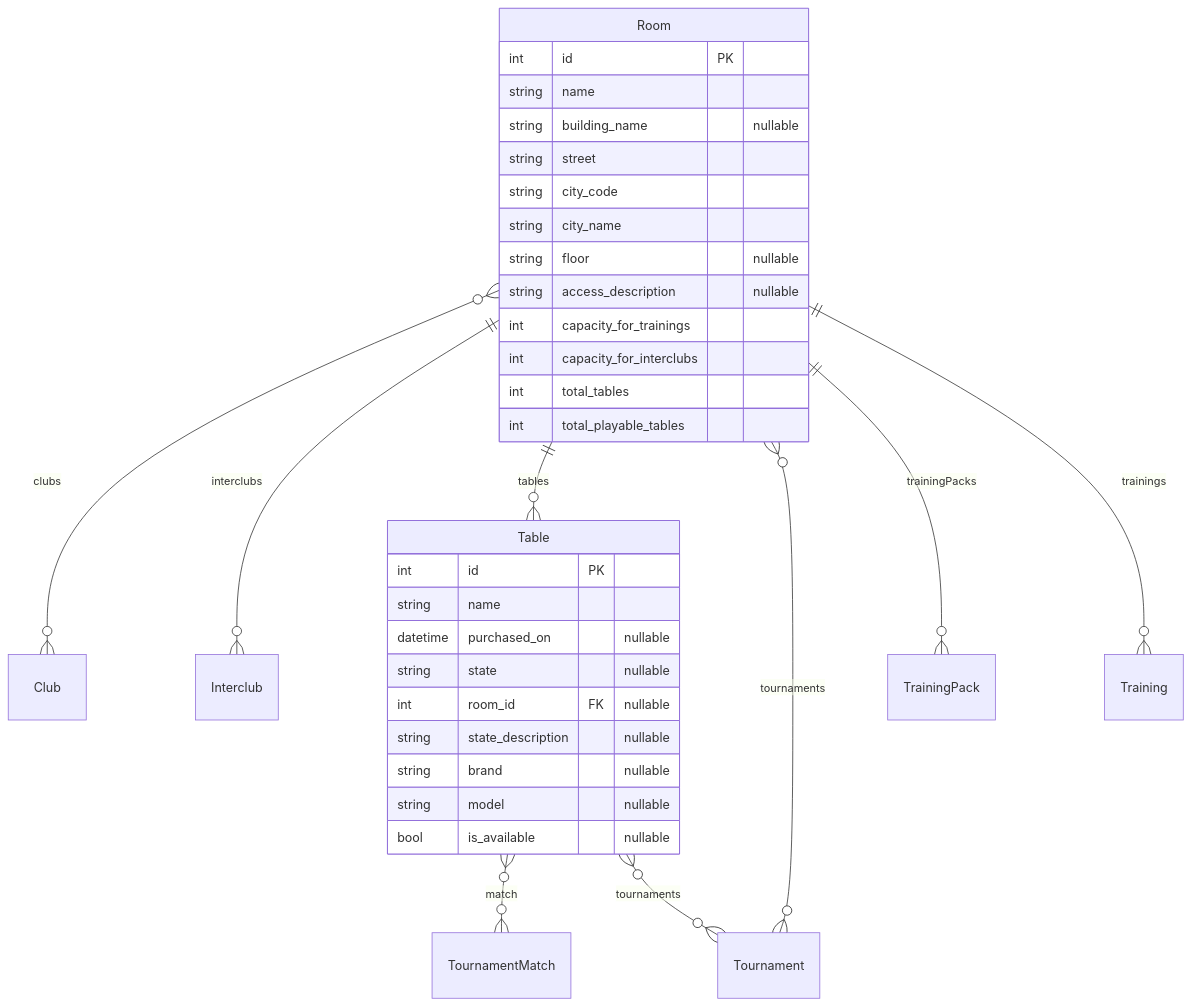
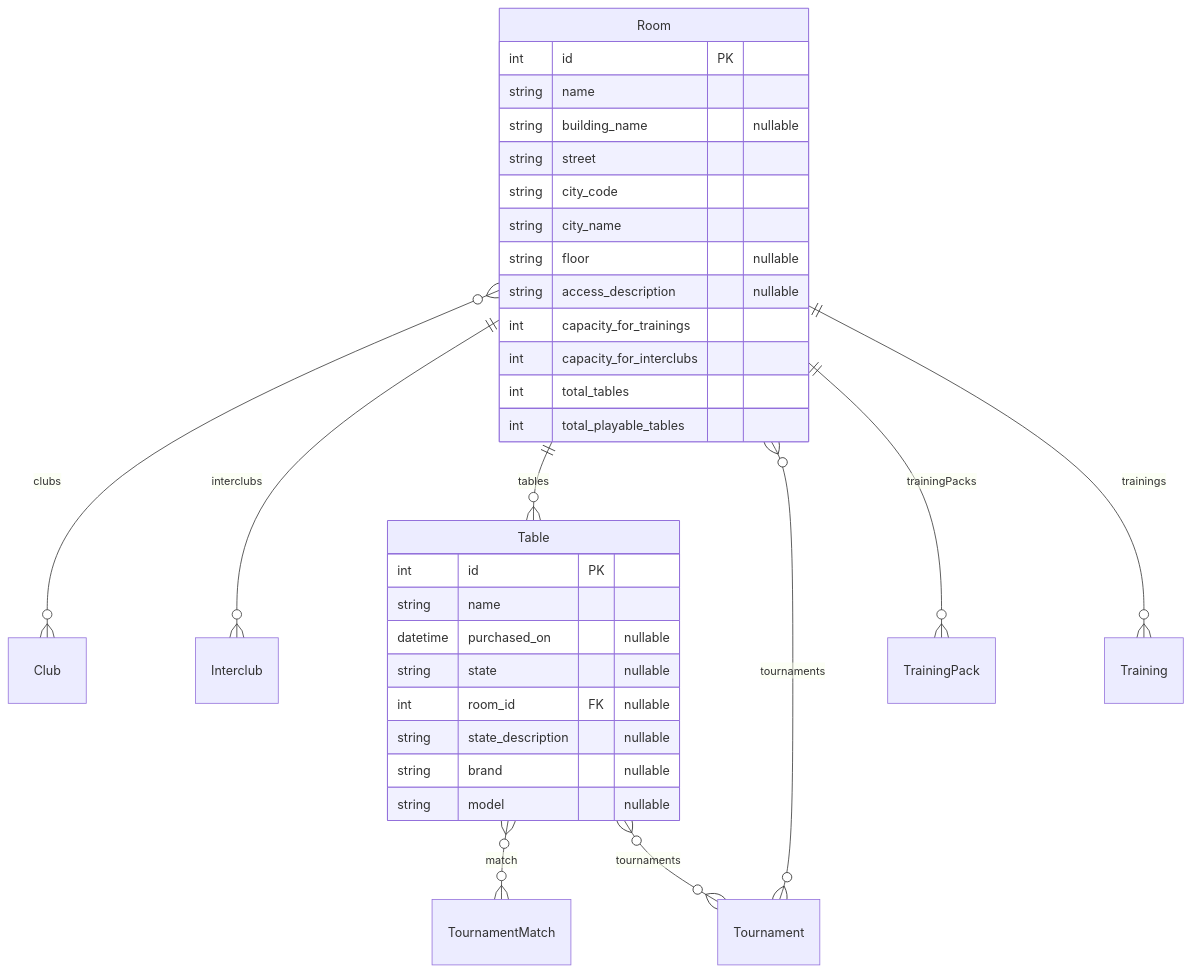
The diagram in docs/erd/clubadmin-club.md (Paupoo/tabletennisclub-app), drawn with Mermaid before and after one commit. The commit also changed 6 other files, not shown here.

````diff
--- a/docs/erd/clubadmin-club.md
+++ b/docs/erd/clubadmin-club.md
@@ -3,37 +3,36 @@
 ```mermaid
 erDiagram
     Room {
         int id PK
         string name
         string building_name "nullable"
         string street
         string city_code
         string city_name
         string floor "nullable"
         string access_description "nullable"
         int capacity_for_trainings
         int capacity_for_interclubs
         int total_tables
         int total_playable_tables
     }
     Table {
         int id PK
         string name
         datetime purchased_on "nullable"
         string state "nullable"
         int room_id FK "nullable"
         string state_description "nullable"
         string brand "nullable"
         string model "nullable"
-        bool is_available "nullable"
     }
 
     Room }o--o{ Club : "clubs"
     Room ||--o{ Interclub : "interclubs"
     Room ||--o{ Table : "tables"
     Room }o--o{ Tournament : "tournaments"
     Room ||--o{ TrainingPack : "trainingPacks"
     Room ||--o{ Training : "trainings"
     Table }o--o{ TournamentMatch : "match"
     Table }o--o{ Tournament : "tournaments"
 ```
````
